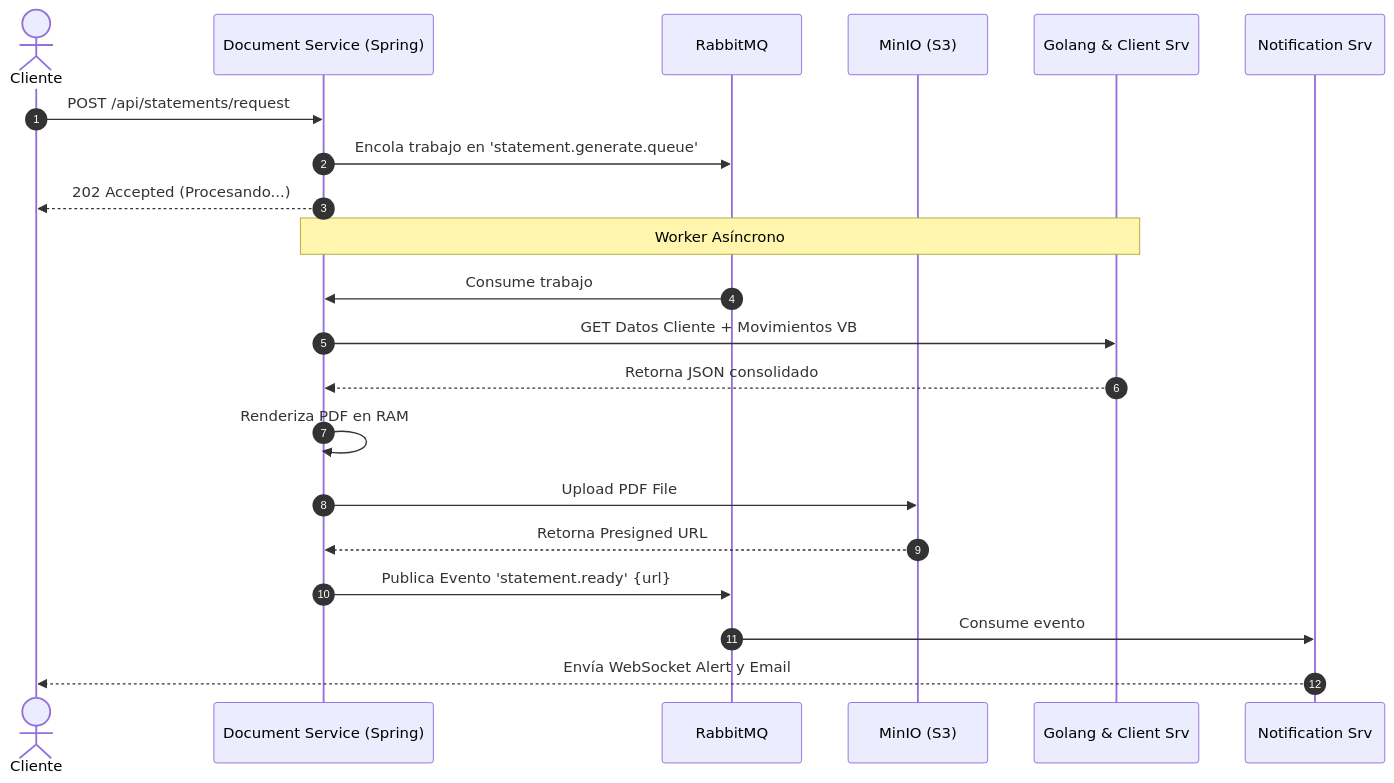
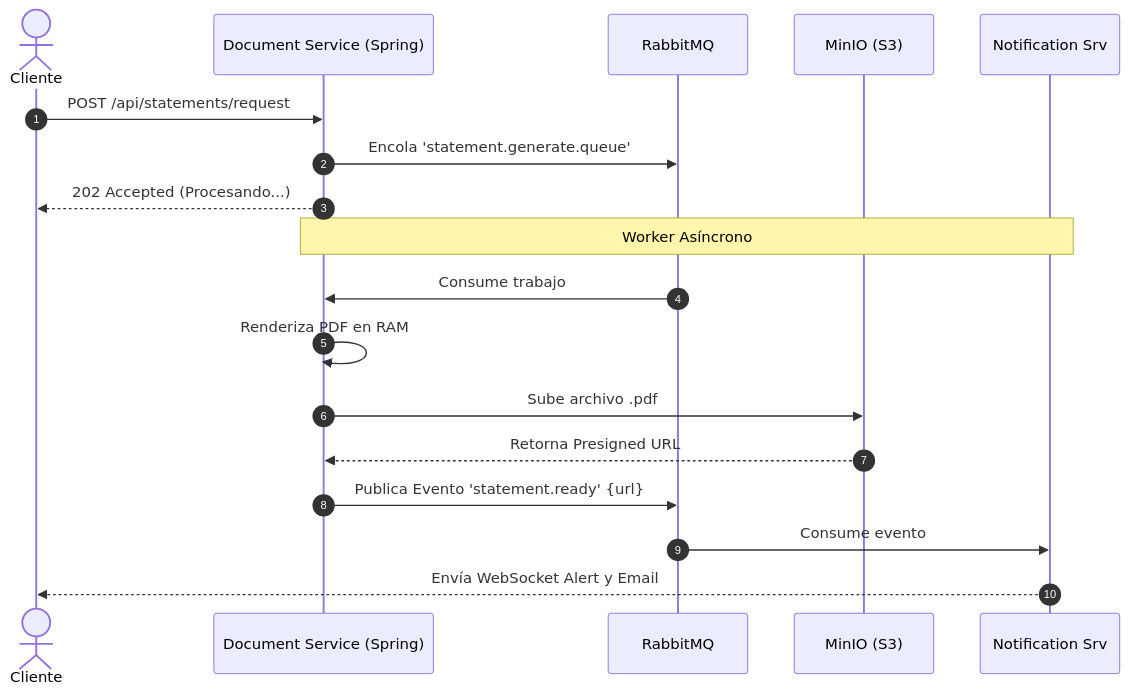
Before and after one commit to damian3010/Ubibroker: the eighth of 8 diagrams in SAD.md, drawn with Mermaid. The commit also changed other lines of this file, not shown here.

````diff
--- a/SAD.md
+++ b/SAD.md
@@ -139,27 +232,23 @@
 ```mermaid
 sequenceDiagram
     autonumber
     actor Cliente
     participant DocSrv as Document Service (Spring)
     participant MQ as RabbitMQ
     participant S3 as MinIO (S3)
-    participant Internals as Golang & Client Srv
     participant Notif as Notification Srv
 
     Cliente->>DocSrv: POST /api/statements/request
-    DocSrv->>MQ: Encola trabajo en 'statement.generate.queue'
+    DocSrv->>MQ: Encola 'statement.generate.queue'
     DocSrv-->>Cliente: 202 Accepted (Procesando...)
 
-    Note over DocSrv, Internals: Worker Asíncrono
+    Note over DocSrv, Notif: Worker Asíncrono
     MQ->>DocSrv: Consume trabajo
-    DocSrv->>Internals: GET Datos Cliente + Movimientos VB
-    Internals-->>DocSrv: Retorna JSON consolidado
     DocSrv->>DocSrv: Renderiza PDF en RAM
-    
-    DocSrv->>S3: Upload PDF File
+    DocSrv->>S3: Sube archivo .pdf
     S3-->>DocSrv: Retorna Presigned URL
     DocSrv->>MQ: Publica Evento 'statement.ready' {url}
     
     MQ->>Notif: Consume evento
     Notif-->>Cliente: Envía WebSocket Alert y Email
 ```
````
